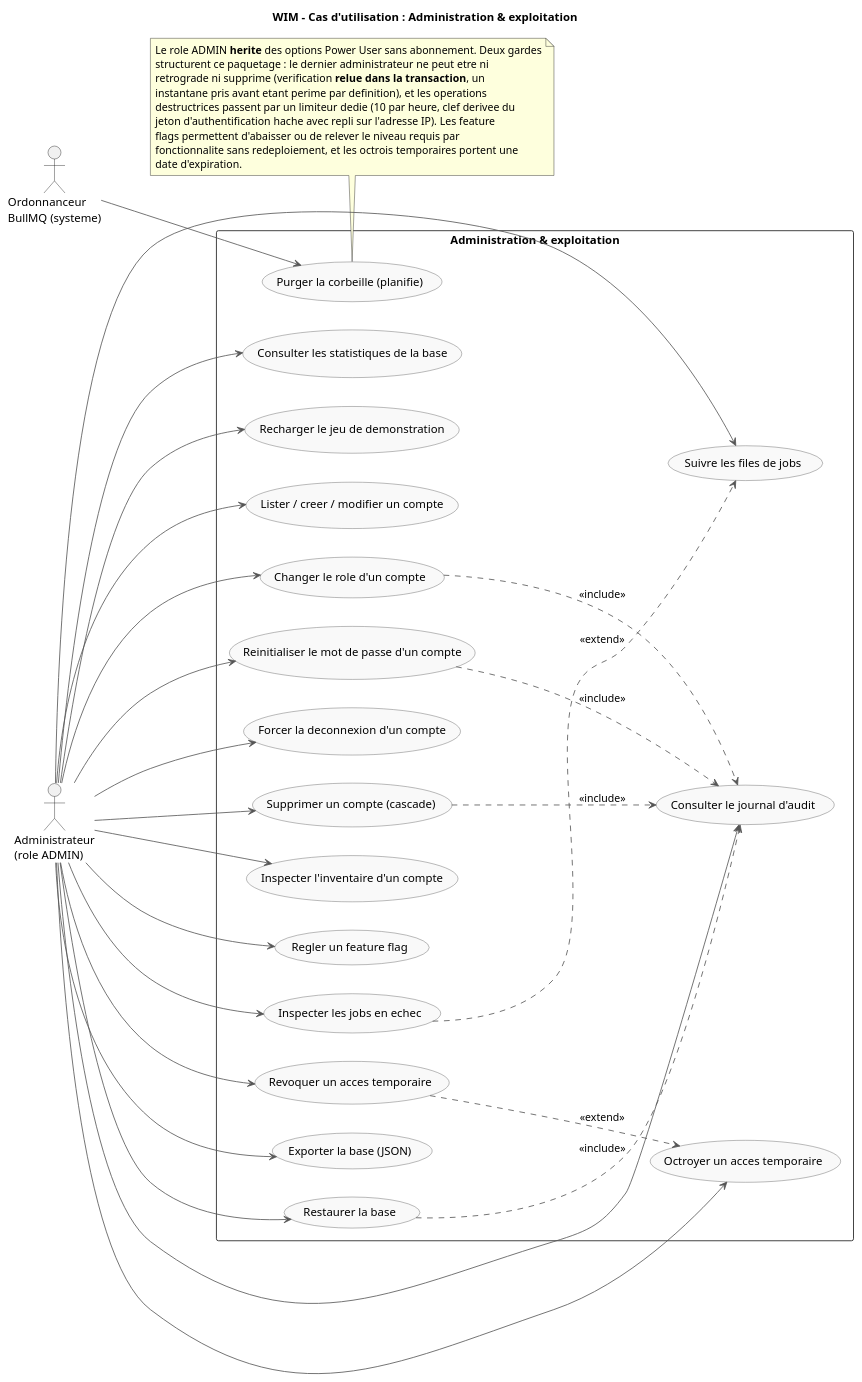
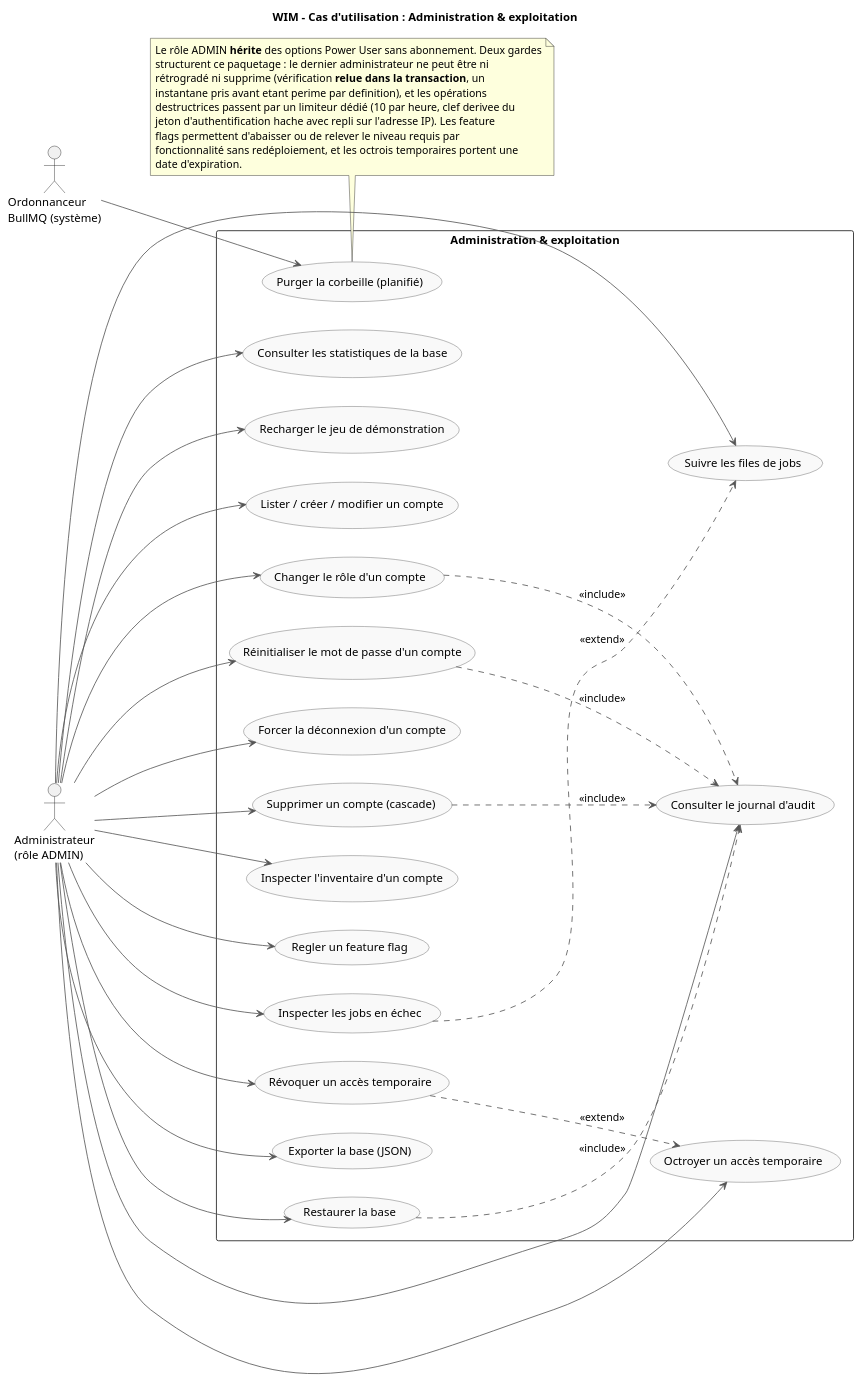
The diagram in docs/uml/01g-uc-administration.puml (SGCSBorges/WIM), drawn with PlantUML before and after one commit. The commit also changed 19 other files, not shown here.

First line of the commit message:
UML: restore French accents in the ten new diagram sources

```diff
--- a/docs/uml/01g-uc-administration.puml
+++ b/docs/uml/01g-uc-administration.puml
@@ -1,75 +1,75 @@
 @startuml
 title WIM – Cas d'utilisation : Administration & exploitation
 
 left to right direction
 skinparam packageStyle rectangle
 skinparam usecase {
   BackgroundColor #f9f9f9
   BorderColor #555
   ArrowColor #555
 }
 
-actor "Administrateur\n(role ADMIN)" as Admin
-actor "Ordonnanceur\nBullMQ (systeme)" as Scheduler
+actor "Administrateur\n(rôle ADMIN)" as Admin
+actor "Ordonnanceur\nBullMQ (système)" as Scheduler
 
 rectangle "Administration & exploitation" {
-  usecase "Lister / creer / modifier un compte" as UC_Users
-  usecase "Changer le role d'un compte" as UC_Role
-  usecase "Reinitialiser le mot de passe d'un compte" as UC_ResetPwd
-  usecase "Forcer la deconnexion d'un compte" as UC_ForceLogout
+  usecase "Lister / créer / modifier un compte" as UC_Users
+  usecase "Changer le rôle d'un compte" as UC_Role
+  usecase "Réinitialiser le mot de passe d'un compte" as UC_ResetPwd
+  usecase "Forcer la déconnexion d'un compte" as UC_ForceLogout
   usecase "Supprimer un compte (cascade)" as UC_DeleteUser
   usecase "Inspecter l'inventaire d'un compte" as UC_Inspect
   usecase "Consulter le journal d'audit" as UC_Audit
   usecase "Regler un feature flag" as UC_Flags
-  usecase "Octroyer un acces temporaire" as UC_Grant
-  usecase "Revoquer un acces temporaire" as UC_Revoke
+  usecase "Octroyer un accès temporaire" as UC_Grant
+  usecase "Révoquer un accès temporaire" as UC_Revoke
   usecase "Suivre les files de jobs" as UC_Jobs
-  usecase "Inspecter les jobs en echec" as UC_Failed
+  usecase "Inspecter les jobs en échec" as UC_Failed
   usecase "Exporter la base (JSON)" as UC_ExportDb
   usecase "Restaurer la base" as UC_ImportDb
   usecase "Consulter les statistiques de la base" as UC_DbStats
-  usecase "Recharger le jeu de demonstration" as UC_Demo
-  usecase "Purger la corbeille (planifie)" as UC_Purge
+  usecase "Recharger le jeu de démonstration" as UC_Demo
+  usecase "Purger la corbeille (planifié)" as UC_Purge
 }
 
 Admin --> UC_Users
 Admin --> UC_Role
 Admin --> UC_ResetPwd
 Admin --> UC_ForceLogout
 Admin --> UC_DeleteUser
 Admin --> UC_Inspect
 Admin --> UC_Audit
 Admin --> UC_Flags
 Admin --> UC_Grant
 Admin --> UC_Revoke
 Admin --> UC_Jobs
 Admin --> UC_Failed
 Admin --> UC_ExportDb
 Admin --> UC_ImportDb
 Admin --> UC_DbStats
 Admin --> UC_Demo
 
 Scheduler --> UC_Purge
 
 ' Include : toute action sensible est tracee dans le journal d'audit.
 UC_Role ..> UC_Audit : <<include>>
 UC_DeleteUser ..> UC_Audit : <<include>>
 UC_ResetPwd ..> UC_Audit : <<include>>
 UC_ImportDb ..> UC_Audit : <<include>>
 
 ' Extend
 UC_Revoke ..> UC_Grant : <<extend>>
 UC_Failed ..> UC_Jobs : <<extend>>
 
 note bottom
-Le role ADMIN **herite** des options Power User sans abonnement. Deux gardes
-structurent ce paquetage : le dernier administrateur ne peut etre ni
-retrograde ni supprime (verification **relue dans la transaction**, un
-instantane pris avant etant perime par definition), et les operations
-destructrices passent par un limiteur dedie (10 par heure, clef derivee du
+Le rôle ADMIN **hérite** des options Power User sans abonnement. Deux gardes
+structurent ce paquetage : le dernier administrateur ne peut être ni
+rétrogradé ni supprime (vérification **relue dans la transaction**, un
+instantane pris avant etant perime par definition), et les opérations
+destructrices passent par un limiteur dédié (10 par heure, clef derivee du
 jeton d'authentification hache avec repli sur l'adresse IP). Les feature
 flags permettent d'abaisser ou de relever le niveau requis par
-fonctionnalite sans redeploiement, et les octrois temporaires portent une
+fonctionnalité sans redéploiement, et les octrois temporaires portent une
 date d'expiration.
 end note
 @enduml
```
